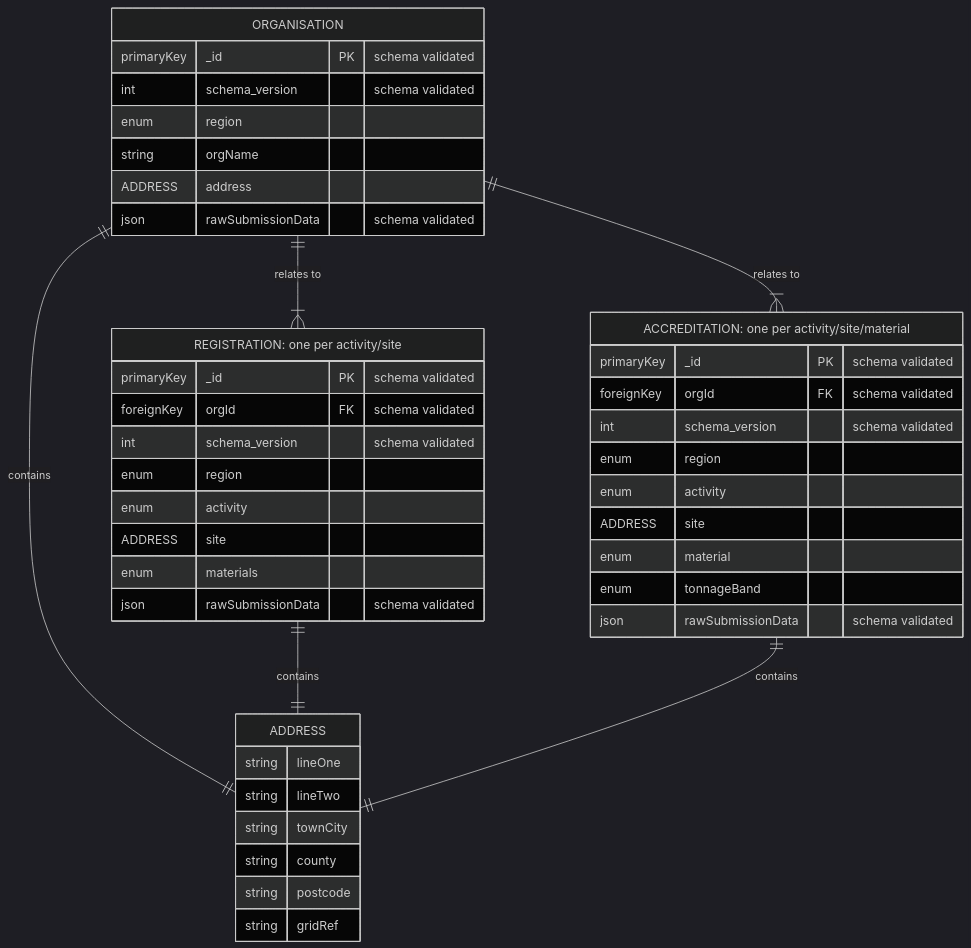
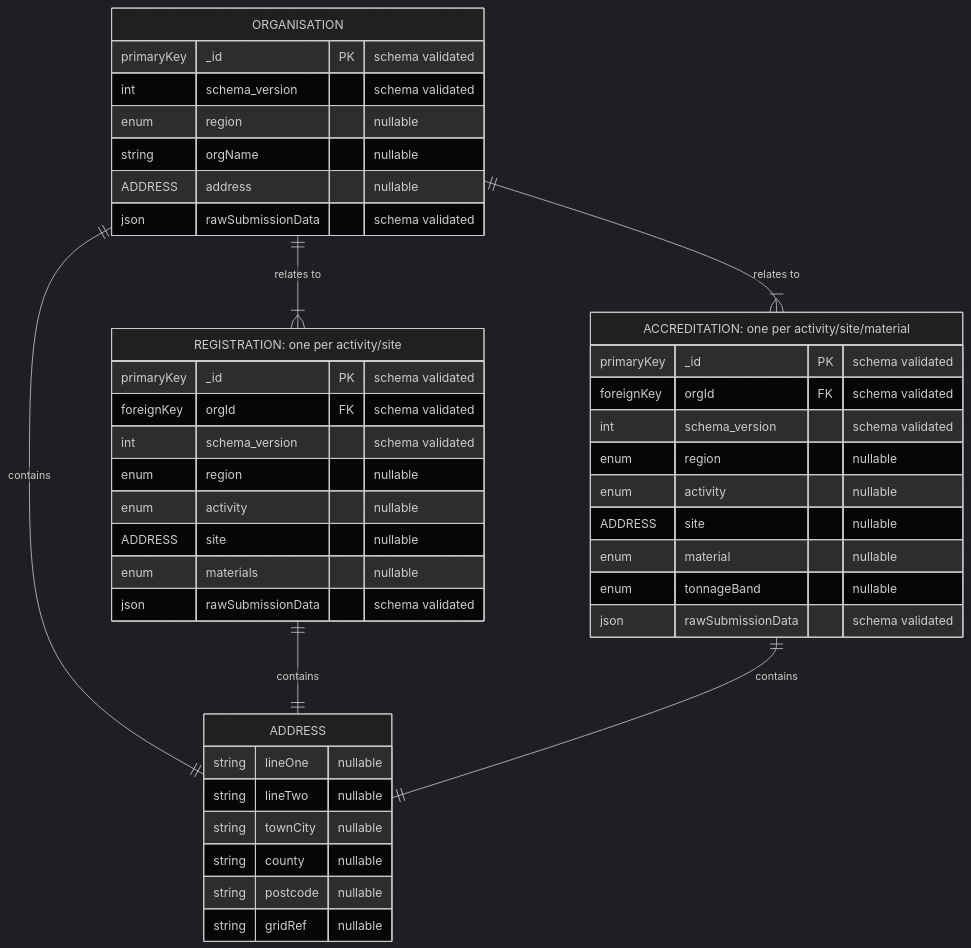
One commit to DEFRA/epr-backend changed the tenth of 10 diagrams in docs/architecture/discovery/2025-reg-acc-lld.md. Above: the diagram before and after it, drawn with Mermaid (dark theme). The commit also changed other lines of this file, not shown here.

Commit message:
PAE-158: update LLD based on feedback

````diff
--- a/docs/architecture/discovery/2025-reg-acc-lld.md
+++ b/docs/architecture/discovery/2025-reg-acc-lld.md
@@ -238,58 +247,58 @@
 ```mermaid
 erDiagram
 
 %% Entities
 ORGANISATION
 REGISTRATION["REGISTRATION: one per activity/site"]
 ACCREDITATION["ACCREDITATION: one per activity/site/material"]
 ADDRESS
 
 %% Structure
 ORGANISATION {
   primaryKey _id PK "schema validated"
   int schema_version "schema validated"
-  enum region
-  string orgName
-  ADDRESS address
+  enum region "nullable"
+  string orgName "nullable"
+  ADDRESS address "nullable"
   json rawSubmissionData "schema validated"
 }
 
 REGISTRATION {
   primaryKey _id PK "schema validated"
   foreignKey orgId FK "schema validated"
   int schema_version "schema validated"
-  enum region
-  enum activity
-  ADDRESS site
-  enum materials
+  enum region "nullable"
+  enum activity "nullable"
+  ADDRESS site "nullable"
+  enum materials "nullable"
   json rawSubmissionData "schema validated"
 }
 
 ACCREDITATION {
   primaryKey _id PK "schema validated"
   foreignKey orgId FK "schema validated"
   int schema_version "schema validated"
-  enum region
-  enum activity
-  ADDRESS site
-  enum material
-  enum tonnageBand
+  enum region "nullable"
+  enum activity "nullable"
+  ADDRESS site "nullable"
+  enum material "nullable"
+  enum tonnageBand "nullable"
   json rawSubmissionData "schema validated"
 }
 
 ADDRESS {
-  string lineOne
-  string lineTwo
-  string townCity
-  string county
-  string postcode
-  string gridRef
+  string lineOne "nullable"
+  string lineTwo "nullable"
+  string townCity "nullable"
+  string county "nullable"
+  string postcode "nullable"
+  string gridRef "nullable"
 }
 
 %% Relationships
 ORGANISATION ||--|| ADDRESS : contains
 REGISTRATION ||--|| ADDRESS : contains
 ACCREDITATION ||--|| ADDRESS : contains
 ORGANISATION ||--|{ REGISTRATION : "relates to"
 ORGANISATION ||--|{ ACCREDITATION : "relates to"
 ```
````
